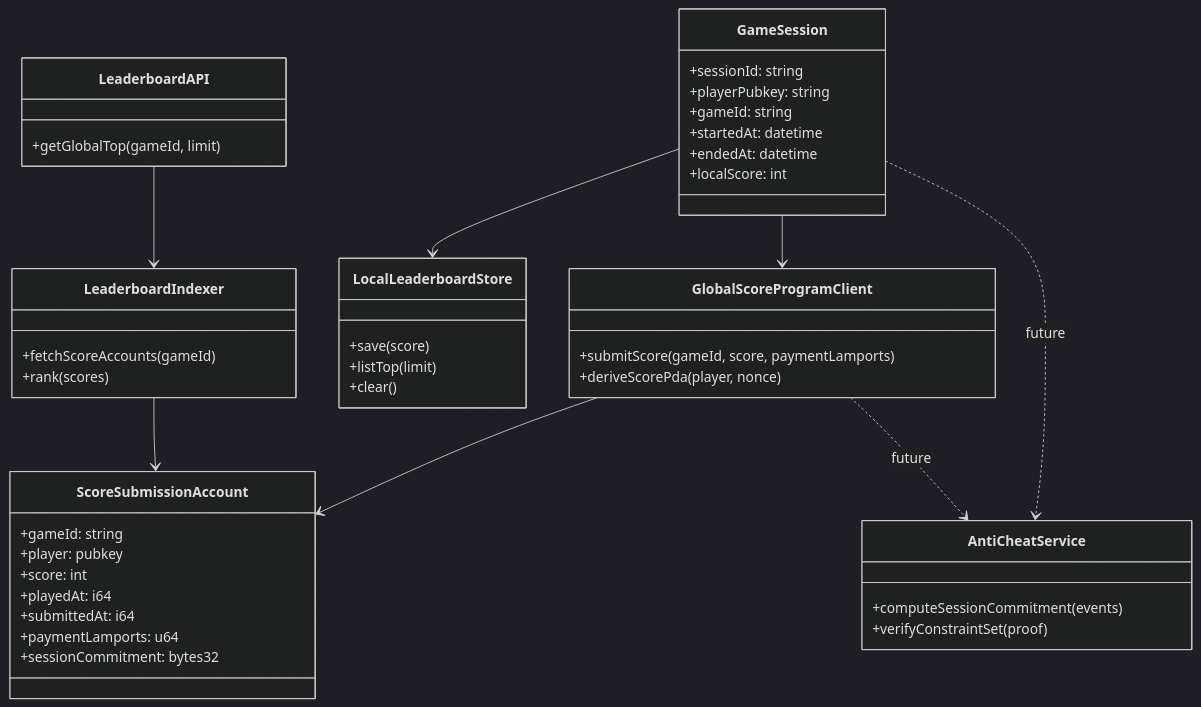
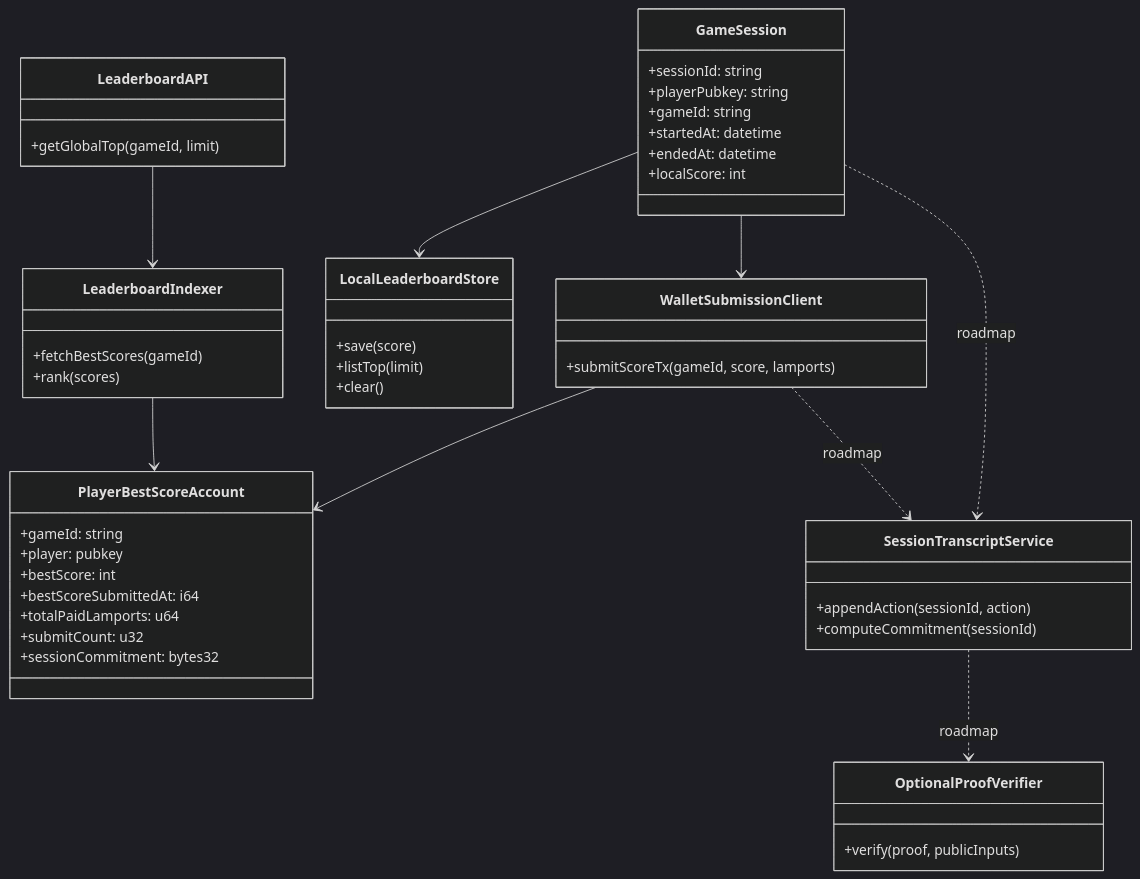
Before and after one commit to watsoncsulahack/solana-private-microprompt: the diagram in docs/diagrams/class-diagram.md, drawn with Mermaid (dark theme). The commit also changed 10 other files, not shown here.

Commit message:
docs: deepen leaderboard system design, clarify MVP boundaries, and add anti-cheat roadmap artifacts

````diff
--- a/docs/diagrams/class-diagram.md
+++ b/docs/diagrams/class-diagram.md
@@ -3,54 +3,59 @@
 ```mermaid
 classDiagram
   class GameSession {
     +sessionId: string
     +playerPubkey: string
     +gameId: string
     +startedAt: datetime
     +endedAt: datetime
     +localScore: int
   }
 
   class LocalLeaderboardStore {
     +save(score)
     +listTop(limit)
     +clear()
   }
 
-  class GlobalScoreProgramClient {
-    +submitScore(gameId, score, paymentLamports)
-    +deriveScorePda(player, nonce)
+  class WalletSubmissionClient {
+    +submitScoreTx(gameId, score, lamports)
   }
 
-  class ScoreSubmissionAccount {
+  class PlayerBestScoreAccount {
     +gameId: string
     +player: pubkey
-    +score: int
-    +playedAt: i64
-    +submittedAt: i64
-    +paymentLamports: u64
+    +bestScore: int
+    +bestScoreSubmittedAt: i64
+    +totalPaidLamports: u64
+    +submitCount: u32
     +sessionCommitment: bytes32
   }
 
   class LeaderboardIndexer {
-    +fetchScoreAccounts(gameId)
+    +fetchBestScores(gameId)
     +rank(scores)
   }
 
   class LeaderboardAPI {
     +getGlobalTop(gameId, limit)
   }
 
-  class AntiCheatService {
-    +computeSessionCommitment(events)
-    +verifyConstraintSet(proof)
+  class SessionTranscriptService {
+    +appendAction(sessionId, action)
+    +computeCommitment(sessionId)
+  }
+
+  class OptionalProofVerifier {
+    +verify(proof, publicInputs)
   }
 
   GameSession --> LocalLeaderboardStore
-  GameSession --> GlobalScoreProgramClient
-  GlobalScoreProgramClient --> ScoreSubmissionAccount
-  LeaderboardIndexer --> ScoreSubmissionAccount
+  GameSession --> WalletSubmissionClient
+  WalletSubmissionClient --> PlayerBestScoreAccount
+  LeaderboardIndexer --> PlayerBestScoreAccount
   LeaderboardAPI --> LeaderboardIndexer
-  GameSession ..> AntiCheatService : future
-  GlobalScoreProgramClient ..> AntiCheatService : future
+
+  GameSession ..> SessionTranscriptService : roadmap
+  WalletSubmissionClient ..> SessionTranscriptService : roadmap
+  SessionTranscriptService ..> OptionalProofVerifier : roadmap
 ```
````
